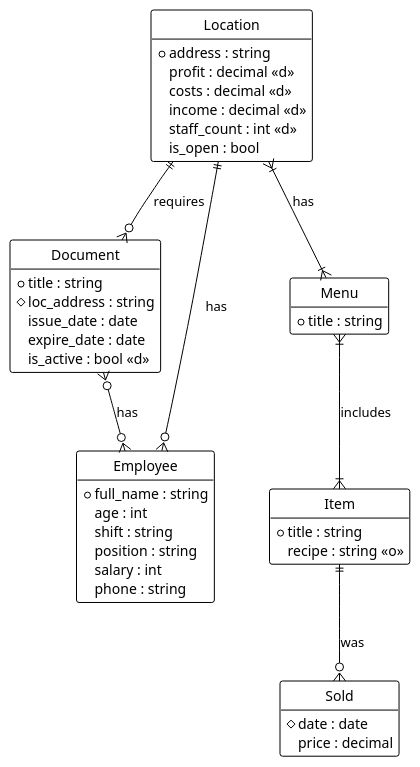
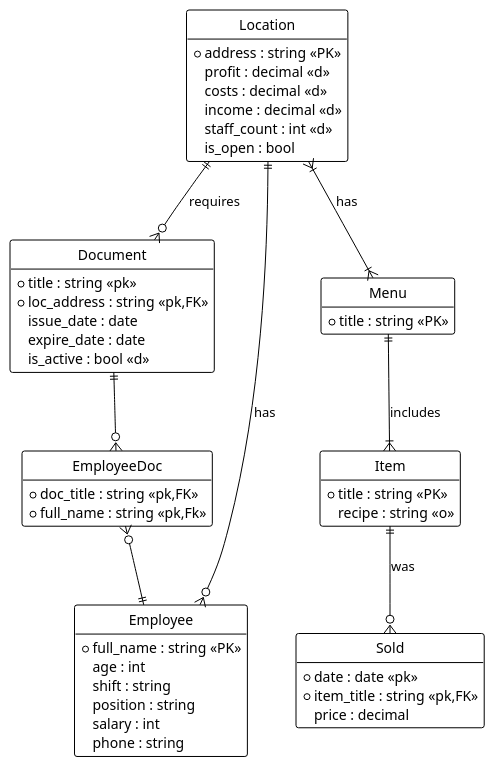
Before and after one commit to MihajloVat/KPI_labs_3_sem: the diagram in lab1/diagrams/crows_foot/er_crowsfoot.puml, drawn with PlantUML. The commit also changed 5 other files, not shown here.

```diff
--- a/lab1/diagrams/crows_foot/er_crowsfoot.puml
+++ b/lab1/diagrams/crows_foot/er_crowsfoot.puml
@@ -1,54 +1,60 @@
 @startuml
 !theme plain
 hide circle
 hide methods
 
 entity "Location" as loc {
-*address : string
+*address : string <<PK>>
 profit : decimal <<d>>
 costs : decimal <<d>>
 income : decimal <<d>>
 staff_count : int <<d>>
 is_open : bool
 }
 
 entity "Document" as doc {
-*title : string
-#loc_address : string
+*title : string <<pk>>
+*loc_address : string <<pk,FK>>
 issue_date : date
 expire_date : date
 is_active : bool <<d>>
 }
 
 entity "Employee" as emp {
-*full_name : string
+*full_name : string <<PK>>
 age : int
 shift : string
 position : string
 salary : int
 phone : string
 }
 
 entity "Menu" as menu {
-*title : string
+*title : string <<PK>>
 }
 
 entity "Item" as item {
-*title : string
+*title : string <<PK>>
 recipe : string <<o>>
 }
 
 entity "Sold" as sold {
-#date : date
+*date : date <<pk>>
+*item_title : string <<pk,FK>>
 price : decimal
 }
 
+entity "EmployeeDoc" as empDoc {
+*doc_title : string <<pk,FK>>
+*full_name : string <<pk,Fk>>
+}
 
 loc ||--o{ doc : "requires"
 loc }|--|{ menu : "has"
 loc ||--o{ emp : "has"
-menu }|--|{ item : "includes"
-doc }o--o{ emp : "has"
+menu ||--|{ item : "includes"
 item ||--o{ sold : "was"
+doc ||--o{ empDoc
+empDoc }o--|| emp
 
 @enduml
```
